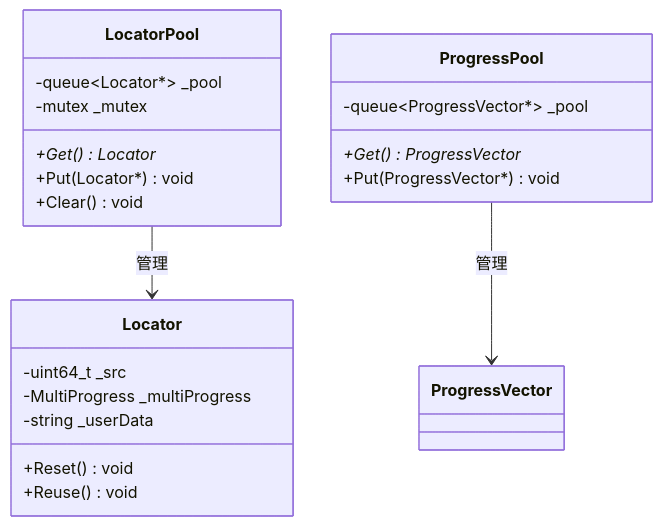
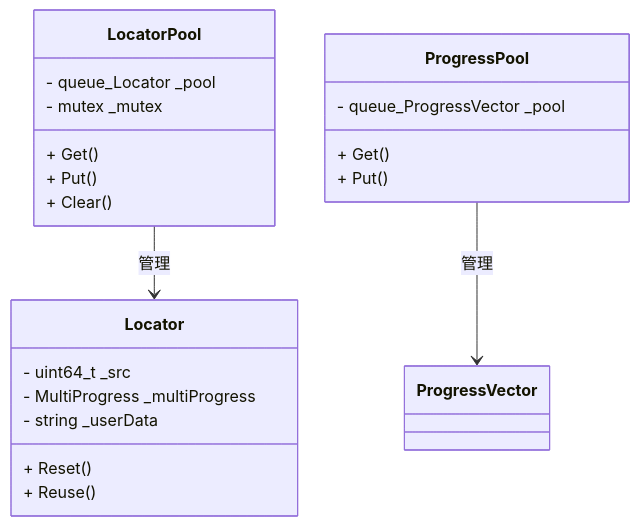
Diagram 16 of 19 in _posts/2025-07-22-indexlib-9-locator-consistency.md (zhouzhilong-commits/zhouzhilong-commits.github.io), drawn with Mermaid before and after one commit. The commit also changed other lines of this file and 228 other files, not shown here.

````diff
--- a/_posts/2025-07-22-indexlib-9-locator-consistency.md
+++ b/_posts/2025-07-22-indexlib-9-locator-consistency.md
@@ -1515,27 +1515,27 @@
 ```mermaid
 classDiagram
     class LocatorPool {
-        -queue~Locator*~ _pool
-        -mutex _mutex
-        +Get() Locator*
-        +Put(Locator*) void
-        +Clear() void
+        - queue_Locator _pool
+        - mutex _mutex
+        + Get()
+        + Put()
+        + Clear()
     }
     
     class Locator {
-        -uint64_t _src
-        -MultiProgress _multiProgress
-        -string _userData
-        +Reset() void
-        +Reuse() void
+        - uint64_t _src
+        - MultiProgress _multiProgress
+        - string _userData
+        + Reset()
+        + Reuse()
     }
     
     class ProgressPool {
-        -queue~ProgressVector*~ _pool
-        +Get() ProgressVector*
-        +Put(ProgressVector*) void
+        - queue_ProgressVector _pool
+        + Get()
+        + Put()
     }
     
     LocatorPool --> Locator : 管理
     ProgressPool --> ProgressVector : 管理
 ```
````
